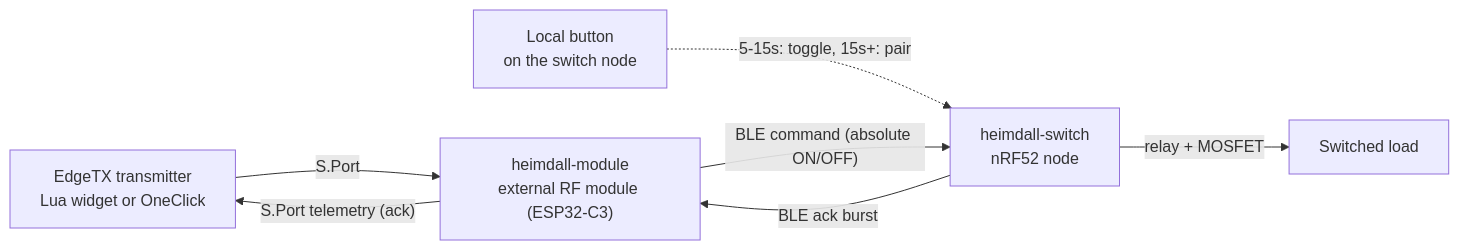
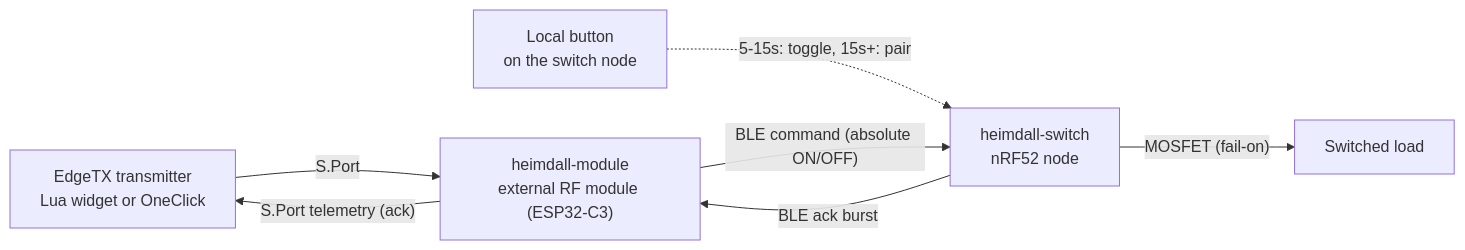
One commit to heimdall-suite/heimdall-switch changed the diagram in README.md. Above: the diagram before and after it, drawn with Mermaid. The commit also changed other lines of this file and 12 other files, not shown here.

````diff
--- a/README.md
+++ b/README.md
@@ -15,15 +15,15 @@
 ```mermaid
 flowchart LR
     TX["EdgeTX transmitter<br/>Lua widget or OneClick"]
     BTN["Local button<br/>on the switch node"]
     MOD["heimdall-module<br/>external RF module (ESP32-C3)"]
     SW["heimdall-switch<br/>nRF52 node"]
     LOAD["Switched load"]
 
     TX -- "S.Port" --> MOD
     MOD -- "BLE command (absolute ON/OFF)" --> SW
-    SW -- "relay + MOSFET" --> LOAD
+    SW -- "MOSFET (fail-on)" --> LOAD
     SW -- "BLE ack burst" --> MOD
     MOD -- "S.Port telemetry (ack)" --> TX
     BTN -. "5-15s: toggle, 15s+: pair" .-> SW
 ```
````
